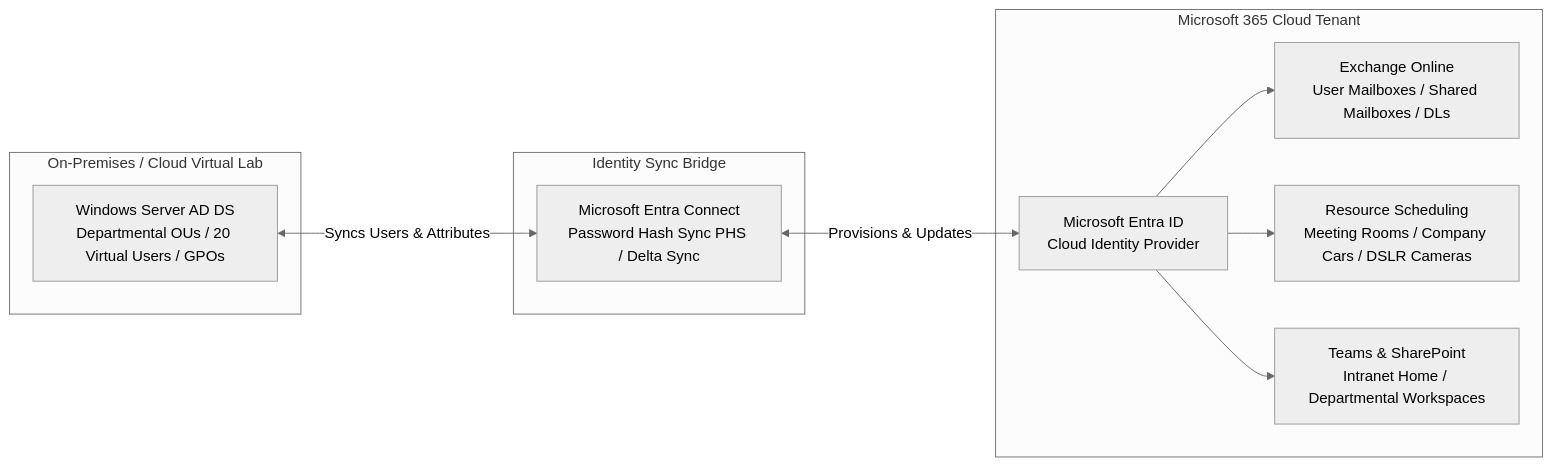
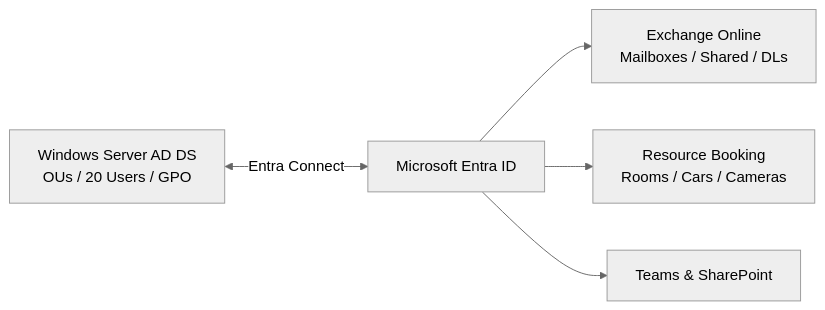
Before and after one commit to wei2100/hybrid-cloud-m365-homelab: the diagram in README.md, drawn with Mermaid (neutral theme). The commit also changed other lines of this file, not shown here.

````diff
--- a/README.md
+++ b/README.md
@@ -7,23 +6,7 @@
 ```mermaid
 graph LR
-    subgraph On-Premises / Cloud Virtual Lab
-        AD[Windows Server AD DS<br/>Departmental OUs / 20 Virtual Users / GPOs]
-    end
-    
-    subgraph Identity Sync Bridge
-        EC[Microsoft Entra Connect<br/>Password Hash Sync PHS / Delta Sync]
-    end
-    
-    subgraph Microsoft 365 Cloud Tenant
-        Entra[Microsoft Entra ID<br/>Cloud Identity Provider]
-        EXO[Exchange Online<br/>User Mailboxes / Shared Mailboxes / DLs]
-        Res[Resource Scheduling<br/>Meeting Rooms / Company Cars / DSLR Cameras]
-        Collab[Teams & SharePoint<br/>Intranet Home / Departmental Workspaces]
-    end
-
-    AD <-->|Syncs Users & Attributes| EC
-    EC <-->|Provisions & Updates| Entra
-    Entra --> EXO
-    Entra --> Res
-    Entra --> Collab
+    AD[Windows Server AD DS<br/>OUs / 20 Users / GPO] <-->|Entra Connect| Entra[Microsoft Entra ID]
+    Entra --> EXO[Exchange Online<br/>Mailboxes / Shared / DLs]
+    Entra --> Res[Resource Booking<br/>Rooms / Cars / Cameras]
+    Entra --> Collab[Teams & SharePoint]
 ```
````
